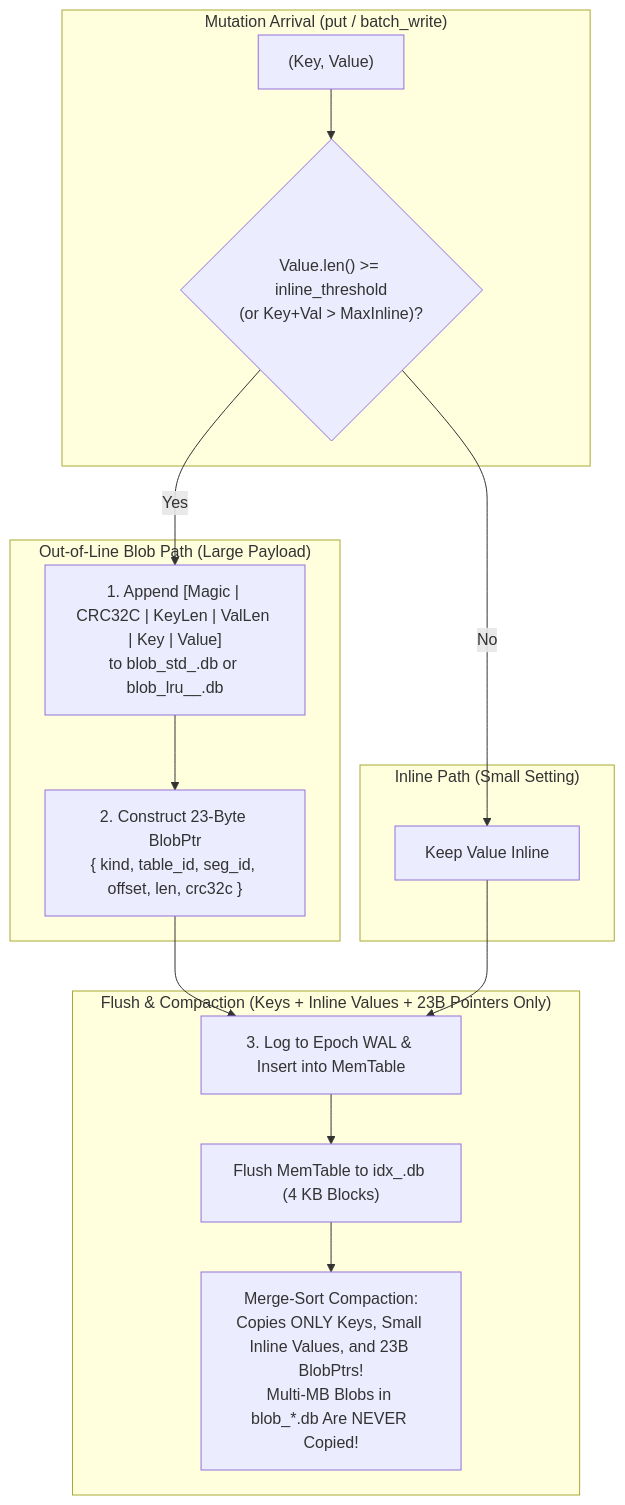
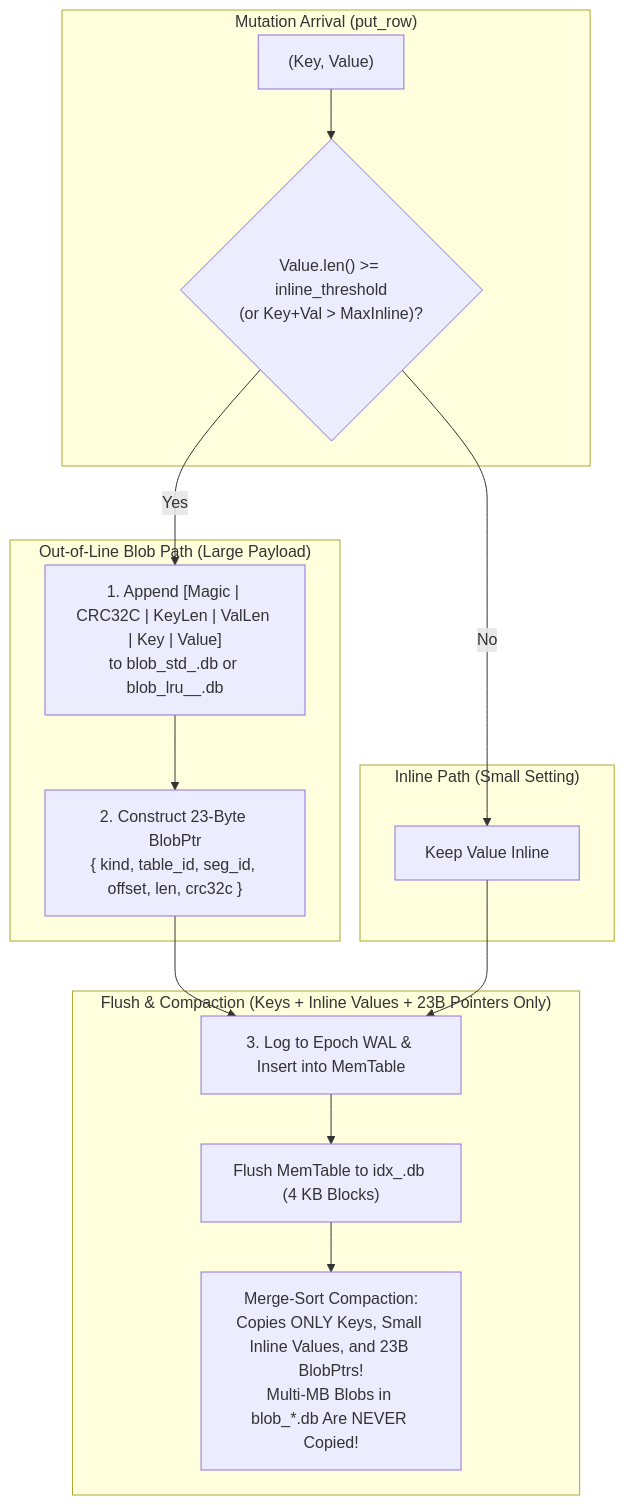
The diagram in docs/phase1/04_WISCKEY_AND_SEGMENTS.md (toyoshim-i/aydb), drawn with Mermaid before and after one commit. The commit also changed other lines of this file and 10 other files, not shown here.

````diff
--- a/docs/phase1/04_WISCKEY_AND_SEGMENTS.md
+++ b/docs/phase1/04_WISCKEY_AND_SEGMENTS.md
@@ -13,23 +13,23 @@
 ```mermaid
 flowchart TB
-    subgraph Write["Mutation Arrival (put / batch_write)"]
+    subgraph Write["Mutation Arrival (put_row)"]
         KV["(Key, Value)"] --> SizeCheck{"Value.len() >= inline_threshold<br/>(or Key+Val > MaxInline)?"}
     end
 
     subgraph OutOfLine["Out-of-Line Blob Path (Large Payload)"]
         SizeCheck -->|"Yes"| AppendBlob["1. Append [Magic | CRC32C | KeyLen | ValLen | Key | Value]<br/>to blob_std_<SeqID>.db or blob_lru_<TblID>_<SeqID>.db"]
         AppendBlob --> MakePtr["2. Construct 23-Byte BlobPtr<br/>{ kind, table_id, seg_id, offset, len, crc32c }"]
     end
 
     subgraph InlinePath["Inline Path (Small Setting)"]
         SizeCheck -->|"No"| MakeInline["Keep Value Inline"]
     end
 
     MakePtr --> WAL["3. Log to Epoch WAL & Insert into MemTable"]
     MakeInline --> WAL
 
     subgraph FlushCompact["Flush & Compaction (Keys + Inline Values + 23B Pointers Only)"]
         WAL --> Flush["Flush MemTable to idx_<SeqID>.db (4 KB Blocks)"]
         Flush --> Compact["Merge-Sort Compaction:<br/>Copies ONLY Keys, Small Inline Values, and 23B BlobPtrs!<br/>Multi-MB Blobs in blob_*.db Are NEVER Copied!"]
     end
 ```
````
